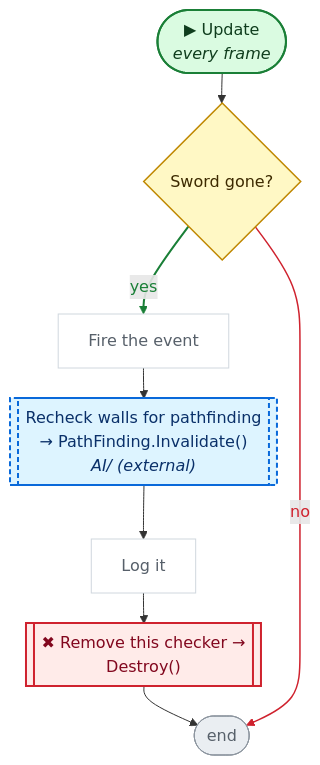
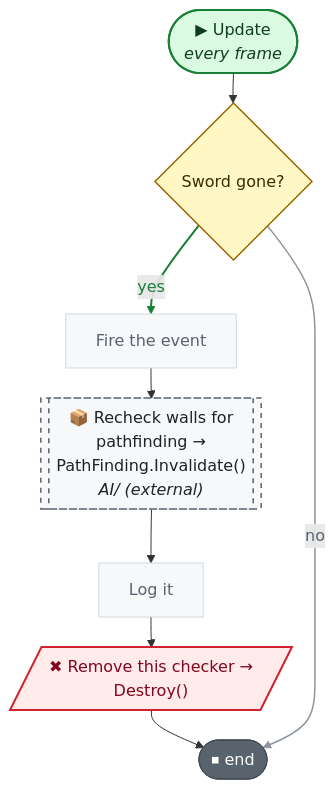
The second of 3 diagrams in CodeGraph~/graph/Map/EventCertainObjectDestroyed.cs.md (nataiai/Lord-of-the-Dungeon), drawn with Mermaid before and after one commit. The commit also changed other lines of this file and 57 other files, not shown here.

````diff
--- a/CodeGraph~/graph/Map/EventCertainObjectDestroyed.cs.md
+++ b/CodeGraph~/graph/Map/EventCertainObjectDestroyed.cs.md
@@ -41,46 +43,46 @@
 ```mermaid
 ---
 config:
   flowchart:
     wrappingWidth: 260
     nodeSpacing: 26
     rankSpacing: 30
 ---
 flowchart TD
   nS(["▶ Update<br><i>every frame</i>"])
   n7e9c3f{"Sword gone?"}
   nd383b1["Fire the event"]
-  nd2f86b[["Recheck walls for pathfinding<br>→ PathFinding.Invalidate()<br><i>AI/ (external)</i>"]]
+  nd2f86b[["📦 Recheck walls for<br>pathfinding →<br>PathFinding.Invalidate()<br><i>AI/ (external)</i>"]]
   nee56c7["Log it"]
-  nbee12d[["✖ Remove this checker →<br>Destroy()"]]
-  nE(["end"])
+  nbee12d[/"✖ Remove this checker →<br>Destroy()"/]
+  nE(["⏹ end"])
   nS --> n7e9c3f
   n7e9c3f -->|yes| nd383b1
   nd383b1 --> nd2f86b
   nd2f86b --> nee56c7
   nee56c7 --> nbee12d
   nbee12d --> nE
   n7e9c3f -->|no| nE
   linkStyle 1 stroke:#1a7f37,stroke-width:2px,color:#1a7f37
-  linkStyle 6 stroke:#cf222e,stroke-width:1.5px,color:#cf222e
+  linkStyle 6 stroke:#8c959f,stroke-width:1.5px,color:#59636e
   classDef unity fill:#dafbe1,stroke:#1a7f37,stroke-width:2px,color:#0f3d1d
   classDef start fill:#dafbe1,stroke:#1a7f37,stroke-width:2px,color:#0f3d1d
-  classDef calc fill:#ffffff,stroke:#d0d7de,color:#57606a
+  classDef calc fill:#f6f8fa,stroke:#d1d9e0,color:#59636e
   classDef calls fill:#ddf4ff,stroke:#0969da,stroke-width:2px,color:#0a3069
-  classDef ext fill:#ddf4ff,stroke:#0969da,stroke-width:2px,stroke-dasharray:5 3,color:#0a3069
-  classDef cond fill:#fff8c5,stroke:#bf8700,stroke-width:1.5px,color:#3d2a00
-  classDef loop fill:#f6f8fa,stroke:#57606a,color:#1f2328
-  classDef exit fill:#ffebe9,stroke:#cf222e,color:#82071e
+  classDef ext fill:#f6f8fa,stroke:#59636e,stroke-width:1.5px,stroke-dasharray:5 5,color:#1f2328
+  classDef cond fill:#fff8c5,stroke:#9a6700,stroke-width:1.5px,color:#3d2a00
+  classDef loop fill:#fff8c5,stroke:#9a6700,color:#3d2a00
+  classDef wait fill:#fff8c5,stroke:#9a6700,color:#3d2a00
+  classDef exit fill:#59636e,stroke:#424a53,color:#ffffff
+  classDef fin fill:#59636e,stroke:#424a53,color:#ffffff
+  classDef act fill:#ffffff,stroke:#59636e,stroke-width:1.5px,color:#1f2328
   classDef kill fill:#ffebe9,stroke:#cf222e,stroke-width:2px,color:#82071e
-  classDef spawn fill:#dafbe1,stroke:#1a7f37,stroke-width:2px,color:#0f3d1d
-  classDef wait fill:#fff1e5,stroke:#bc4c00,color:#4d1d00
-  classDef fin fill:#eaeef2,stroke:#8c959f,color:#57606a
   classDef join fill:#d0d7de,stroke:#8c959f,color:#57606a
   classDef ghdr fill:#f5f9ff,stroke:#f5f9ff,color:#0a3069,font-weight:bold
   class nd383b1,nee56c7 calc
   class n7e9c3f cond
   class nd2f86b ext
   class nE fin
   class nbee12d kill
   class nS unity
 ```
````
